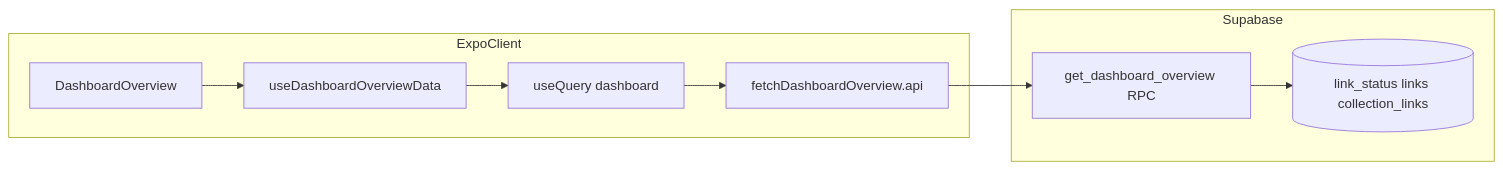
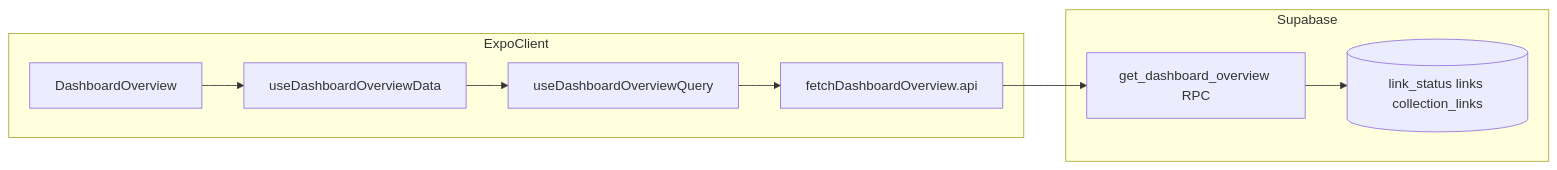
One commit to sooom1627/linkcache changed the diagram in docs/features/dashboard-overview-api.md. Above: the diagram before and after it, drawn with Mermaid. The commit also changed other lines of this file and 6 other files, not shown here.

First line of the commit message:
feat: implement React Query for dashboard overview with enhanced API integration

````diff
--- a/docs/features/dashboard-overview-api.md
+++ b/docs/features/dashboard-overview-api.md
@@ -232,18 +235,18 @@
 ```mermaid
 flowchart LR
   subgraph client [ExpoClient]
     DO[DashboardOverview]
     UDD[useDashboardOverviewData]
-    UQ[useQuery dashboard]
+    UQ[useDashboardOverviewQuery]
     API[fetchDashboardOverview.api]
   end
   subgraph supa [Supabase]
     RPC[get_dashboard_overview RPC]
     DB[(link_status links collection_links)]
   end
   DO --> UDD
   UDD --> UQ
   UQ --> API
   API --> RPC
   RPC --> DB
 ```
````
